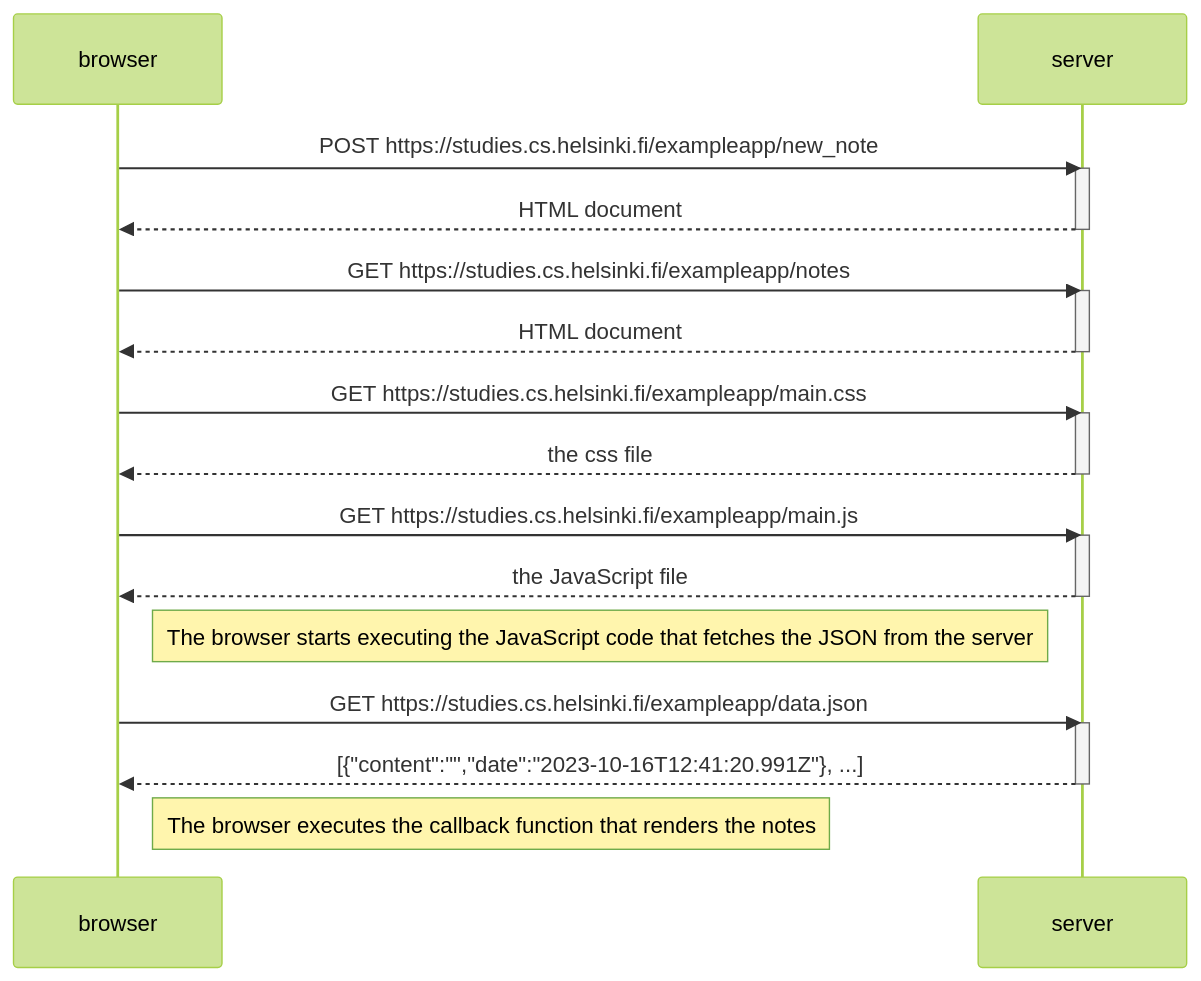
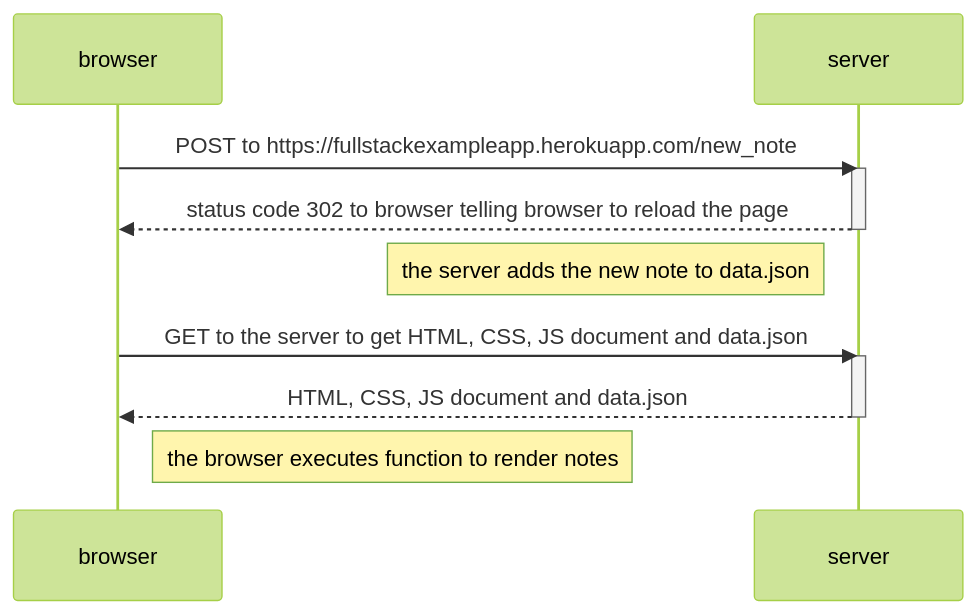
Before and after one commit to AHopefulIdiot/FullStackOpen: the diagram in part0/0.4.md, drawn with Mermaid (forest theme). The commit also changed 2 other files, not shown here.

````diff
--- a/part0/0.4.md
+++ b/part0/0.4.md
@@ -1,34 +1,16 @@
-``` mermaid
-    sequenceDiagram
-        participant browser
-        participant server
+```mermaid
+sequenceDiagram
+    participant browser
+    participant server
 
-        browser->>server: POST https://studies.cs.helsinki.fi/exampleapp/new_note
-        activate server
-        server-->>browser: HTML document
-        deactivate server
-
-        browser->>server: GET https://studies.cs.helsinki.fi/exampleapp/notes
-        activate server
-        server-->>browser: HTML document
-        deactivate server
-
-        browser->>server: GET https://studies.cs.helsinki.fi/exampleapp/main.css
-        activate server
-        server-->>browser: the css file
-        deactivate server
-
-        browser->>server: GET https://studies.cs.helsinki.fi/exampleapp/main.js
-        activate server
-        server-->>browser: the JavaScript file
-        deactivate server
-
-        Note right of browser: The browser starts executing the JavaScript code that fetches the JSON from the server
-
-        browser->>server: GET https://studies.cs.helsinki.fi/exampleapp/data.json
-        activate server
-        server-->>browser: [{"content":"","date":"2023-10-16T12:41:20.991Z"}, ...]
-        deactivate server
-
-        Note right of browser: The browser executes the callback function that renders the notes
+    browser->>server: POST to https://fullstackexampleapp.herokuapp.com/new_note
+    activate server
+    server-->>browser: status code 302 to browser telling browser to reload the page
+    deactivate server
+    note left of server: the server adds the new note to data.json
+    browser->>server: GET to the server to get HTML, CSS, JS document and data.json
+    activate server
+    server-->>browser: HTML, CSS, JS document and data.json
+    deactivate server
+    note right of browser: the browser executes function to render notes
 ```
````
